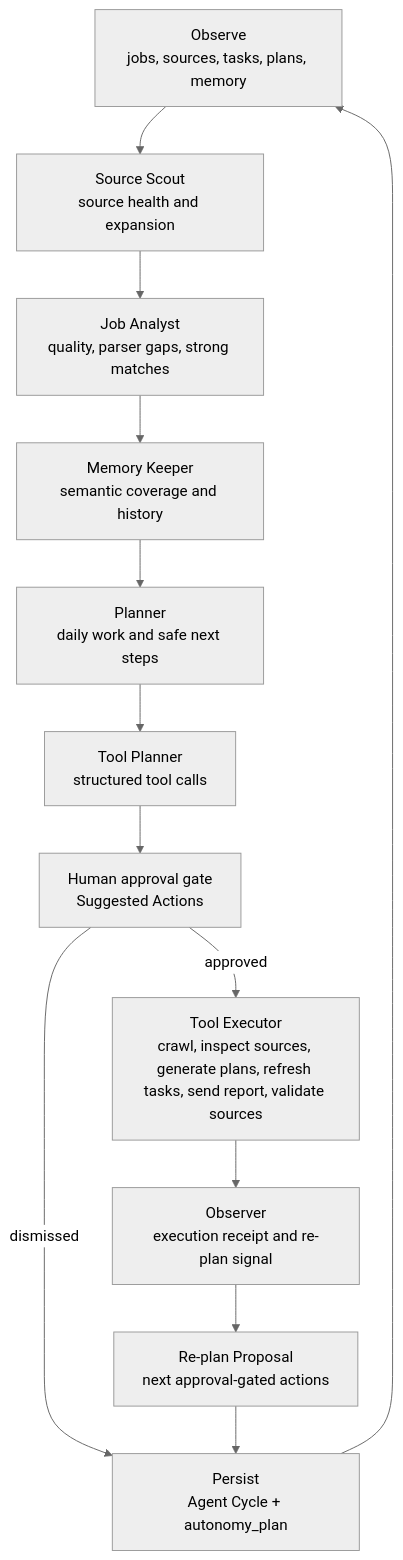
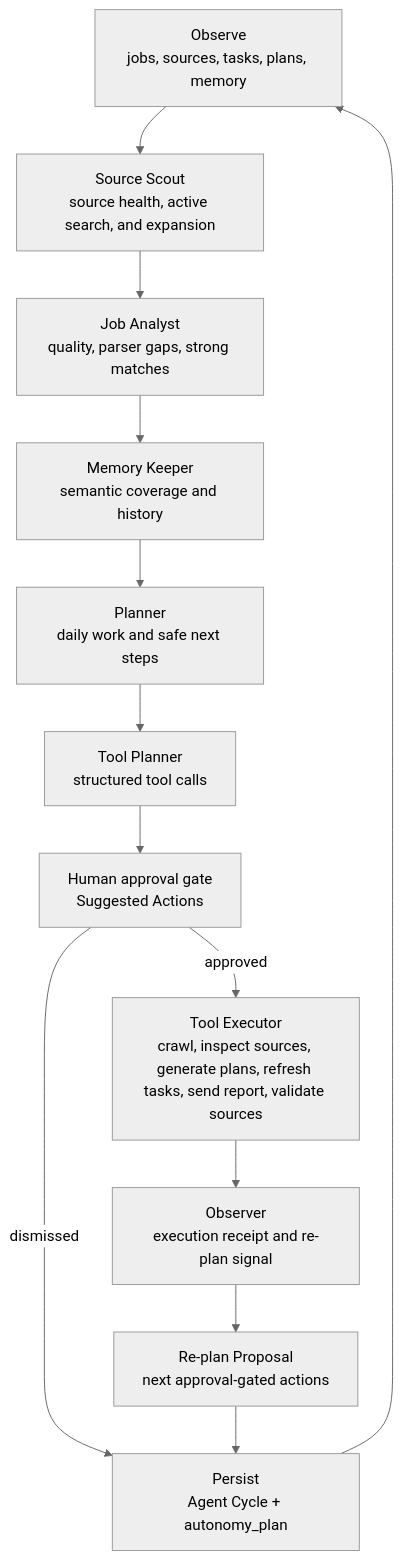
The second of 4 diagrams in docs/architecture.md (wenroudeyanhuo/Job-hunter-agent), drawn with Mermaid (neutral theme) before and after one commit. The commit also changed other lines of this file and 18 other files, not shown here.

Commit message:
feat: add active source scout

````diff
--- a/docs/architecture.md
+++ b/docs/architecture.md
@@ -74,21 +78,21 @@
 ```mermaid
 flowchart TD
   Observe["Observe<br/>jobs, sources, tasks, plans, memory"]
-  SourceScout["Source Scout<br/>source health and expansion"]
+  SourceScout["Source Scout<br/>source health, active search, and expansion"]
   JobAnalyst["Job Analyst<br/>quality, parser gaps, strong matches"]
   MemoryKeeper["Memory Keeper<br/>semantic coverage and history"]
   Planner["Planner<br/>daily work and safe next steps"]
   ToolPlanner["Tool Planner<br/>structured tool calls"]
   Approval["Human approval gate<br/>Suggested Actions"]
   Executor["Tool Executor<br/>crawl, inspect sources, generate plans, refresh tasks, send report, validate sources"]
   Observer["Observer<br/>execution receipt and re-plan signal"]
   Replan["Re-plan Proposal<br/>next approval-gated actions"]
   Persist["Persist<br/>Agent Cycle + autonomy_plan"]
 
   Observe --> SourceScout --> JobAnalyst --> MemoryKeeper --> Planner --> ToolPlanner
   ToolPlanner --> Approval
   Approval -->|approved| Executor
   Approval -->|dismissed| Persist
   Executor --> Observer --> Replan --> Persist
   Persist --> Observe
 ```
````
